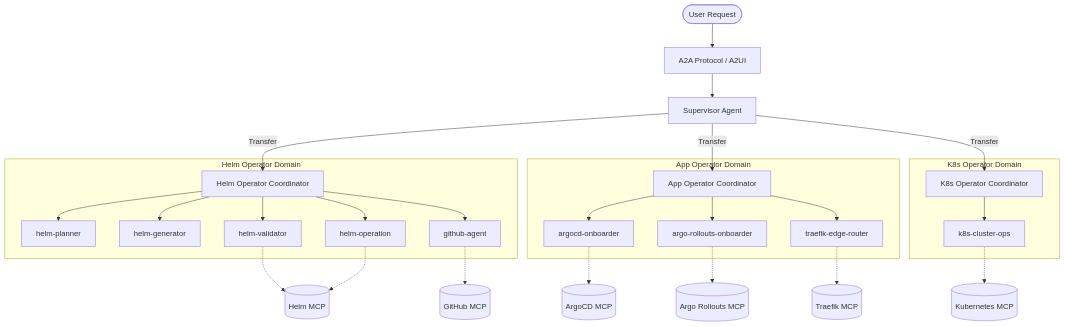
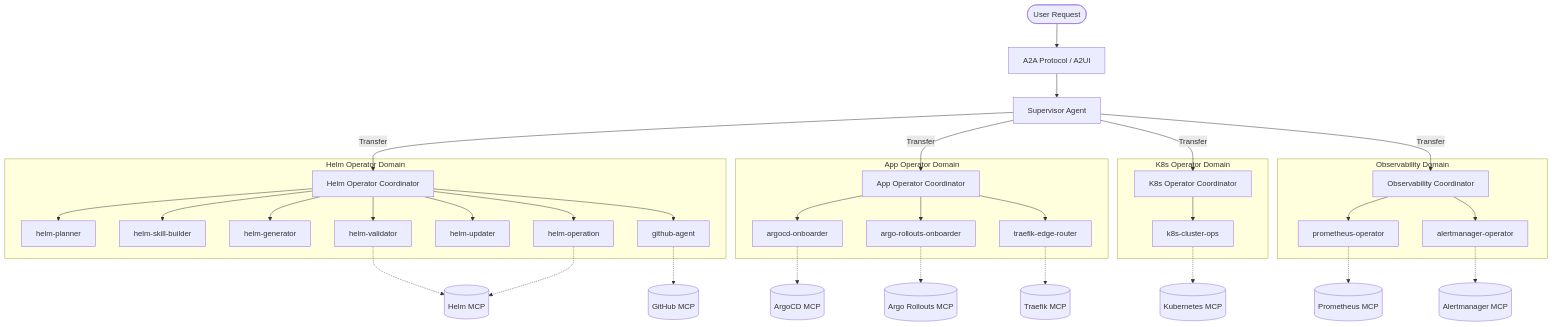
Before and after one commit to talkops-ai/k8s-autopilot: the diagram in README.md, drawn with Mermaid. The commit also changed other lines of this file and 41 other files, not shown here.

Commit message:
feat: implement observability subagents, shared cross-domain store, and supervisor middleware to enhance agent coordination and context management.

````diff
--- a/README.md
+++ b/README.md
@@ -78,35 +91,45 @@
 ```mermaid
 graph TD
     User([User Request]) --> A2A[A2A Protocol / A2UI]
     A2A --> Sup[Supervisor Agent]
     
     Sup -- "Transfer" --> HelmCoord[Helm Operator Coordinator]
     Sup -- "Transfer" --> AppCoord[App Operator Coordinator]
     Sup -- "Transfer" --> K8sCoord[K8s Operator Coordinator]
+    Sup -- "Transfer" --> ObsCoord[Observability Coordinator]
     
     subgraph "Helm Operator Domain"
         HelmCoord --> HPlanner[helm-planner]
+        HelmCoord --> HSkill[helm-skill-builder]
         HelmCoord --> HGen[helm-generator]
         HelmCoord --> HVal[helm-validator]
+        HelmCoord --> HUpdate[helm-updater]
         HelmCoord --> HOp[helm-operation]
         HelmCoord --> GitHub[github-agent]
     end
     
     subgraph "App Operator Domain"
         AppCoord --> ArgoCD[argocd-onboarder]
         AppCoord --> ArgoR[argo-rollouts-onboarder]
         AppCoord --> Traefik[traefik-edge-router]
     end
     
     subgraph "K8s Operator Domain"
         K8sCoord --> K8sOp[k8s-cluster-ops]
     end
     
+    subgraph "Observability Domain"
+        ObsCoord --> PromOp[prometheus-operator]
+        ObsCoord --> AMOp[alertmanager-operator]
+    end
+    
     HVal -.-> HMCP[(Helm MCP)]
     HOp -.-> HMCP
     GitHub -.-> GMCP[(GitHub MCP)]
     ArgoCD -.-> AMCP[(ArgoCD MCP)]
     ArgoR -.-> ARMCP[(Argo Rollouts MCP)]
     Traefik -.-> TMCP[(Traefik MCP)]
     K8sOp -.-> KMCP[(Kubernetes MCP)]
+    PromOp -.-> PMCP[(Prometheus MCP)]
+    AMOp -.-> AlertMCP[(Alertmanager MCP)]
 ```
````
